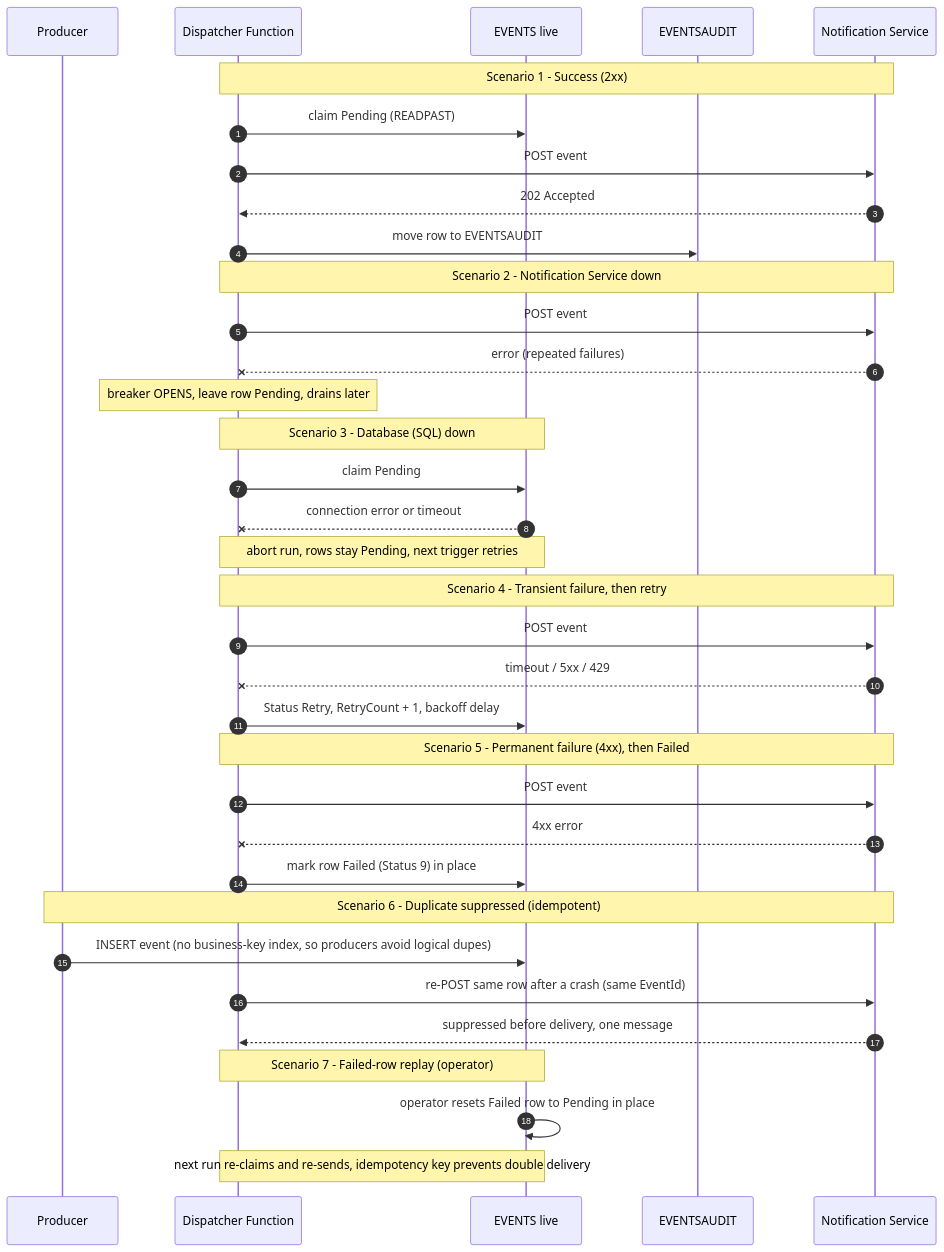
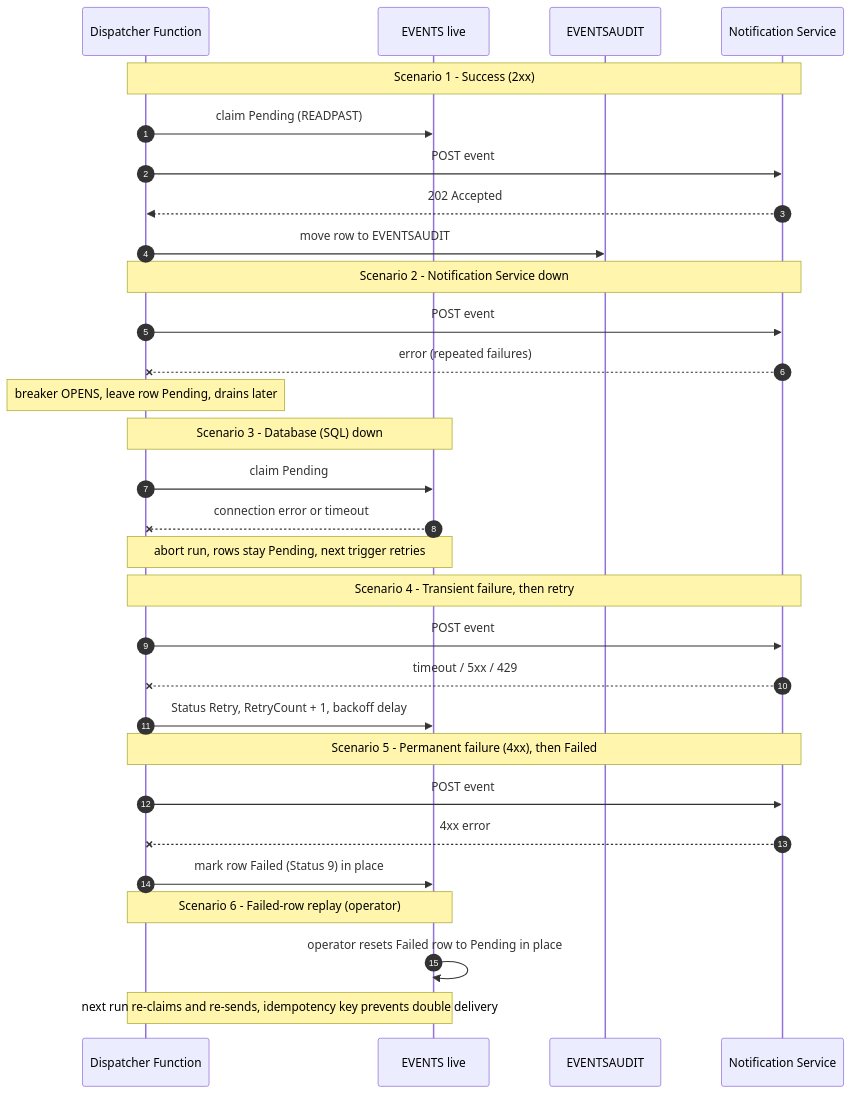
One commit to xpuneet/Mule-Jew changed the diagram in dispatch_sequence.mmd. Above: the diagram before and after it, drawn with Mermaid. The commit also changed 1 other file, not shown here.

```diff
--- a/dispatch_sequence.mmd
+++ b/dispatch_sequence.mmd
@@ -1,42 +1,36 @@
 sequenceDiagram
     autonumber
-    participant P as Producer
     participant F as Dispatcher Function
     participant EV as EVENTS live
     participant AU as EVENTSAUDIT
     participant NS as Notification Service
 
     Note over F,NS: Scenario 1 - Success (2xx)
     F->>EV: claim Pending (READPAST)
     F->>NS: POST event
     NS-->>F: 202 Accepted
     F->>AU: move row to EVENTSAUDIT
 
     Note over F,NS: Scenario 2 - Notification Service down
     F->>NS: POST event
     NS--xF: error (repeated failures)
     Note over F: breaker OPENS, leave row Pending, drains later
 
     Note over F,EV: Scenario 3 - Database (SQL) down
     F->>EV: claim Pending
     EV--xF: connection error or timeout
     Note over F,EV: abort run, rows stay Pending, next trigger retries
 
     Note over F,NS: Scenario 4 - Transient failure, then retry
     F->>NS: POST event
     NS--xF: timeout / 5xx / 429
     F->>EV: Status Retry, RetryCount + 1, backoff delay
 
     Note over F,NS: Scenario 5 - Permanent failure (4xx), then Failed
     F->>NS: POST event
     NS--xF: 4xx error
     F->>EV: mark row Failed (Status 9) in place
 
-    Note over P,NS: Scenario 6 - Duplicate suppressed (idempotent)
-    P->>EV: INSERT event (no business-key index, so producers avoid logical dupes)
-    F->>NS: re-POST same row after a crash (same EventId)
-    NS-->>F: suppressed before delivery, one message
-
-    Note over F,EV: Scenario 7 - Failed-row replay (operator)
+    Note over F,EV: Scenario 6 - Failed-row replay (operator)
     EV->>EV: operator resets Failed row to Pending in place
     Note over F,EV: next run re-claims and re-sends, idempotency key prevents double delivery
```
